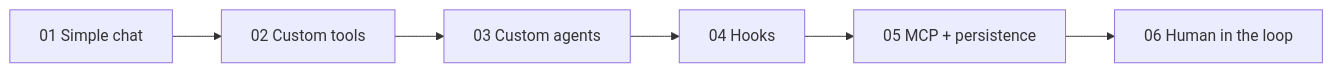
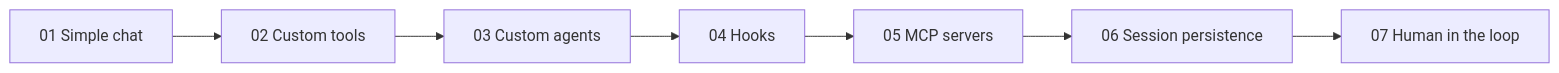
The diagram in examples/README.md (jeffrey-groneberg/ghcp_sdk), drawn with Mermaid before and after one commit. The commit also changed other lines of this file and 15 other files, not shown here.

First line of the commit message:
slides+docs: split MCP/persistence, add BYOK slide, ground every slide and README in upstream docs

````diff
--- a/examples/README.md
+++ b/examples/README.md
@@ -14,8 +14,9 @@
 ```mermaid
 flowchart LR
     A[01 Simple chat] --> B[02 Custom tools]
     B --> C[03 Custom agents]
     C --> D[04 Hooks]
-    D --> E[05 MCP + persistence]
-    E --> F[06 Human in the loop]
+    D --> E[05 MCP servers]
+    E --> F[06 Session persistence]
+    F --> G[07 Human in the loop]
 ```
````
